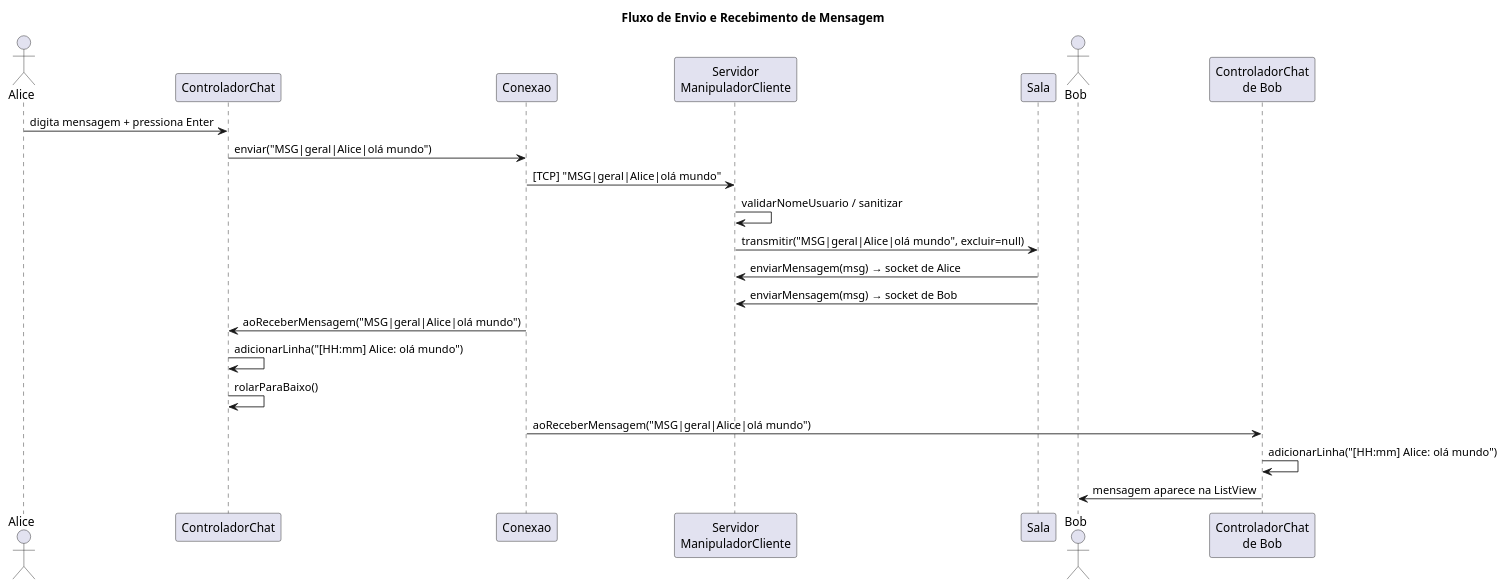
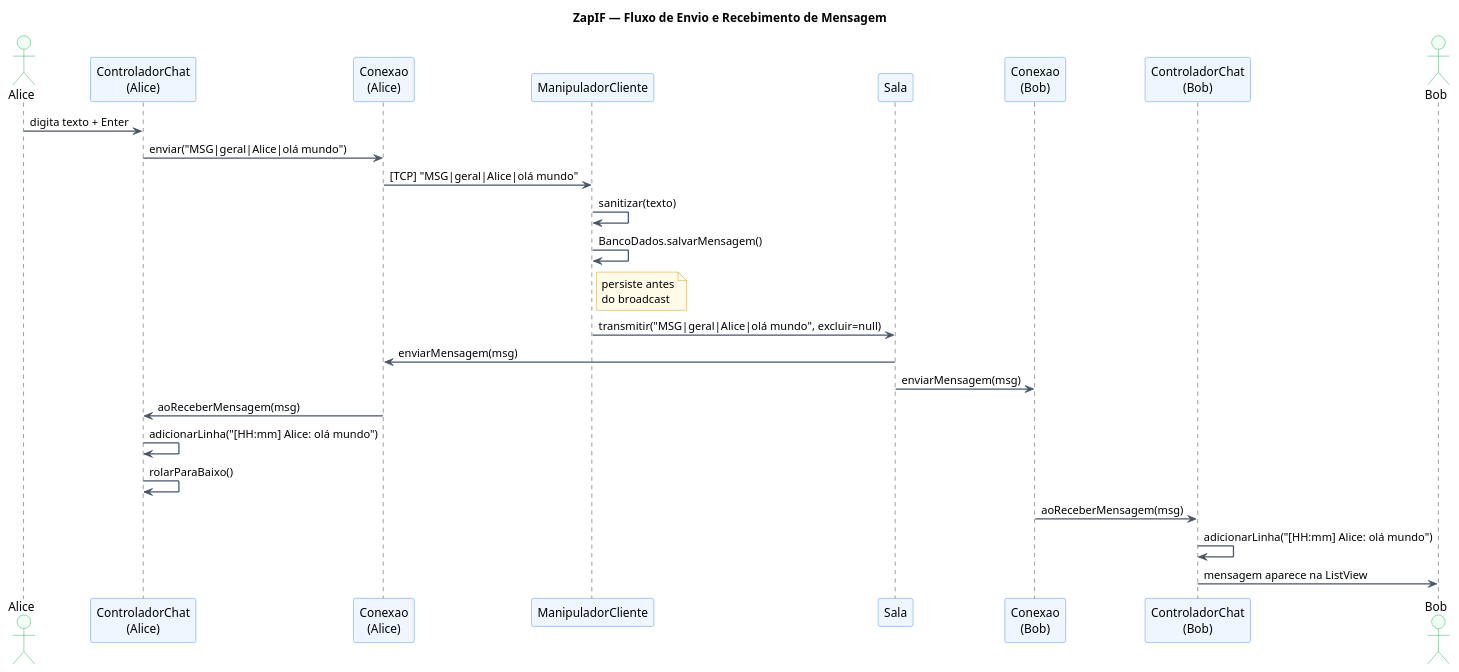
One commit to ErickHTF/ZapIF changed the second of 3 diagrams in uml/diagrams.puml. Above: the diagram before and after it, drawn with PlantUML. The commit also changed other lines of this file and 12 other files, not shown here.

Commit message:
fix: remocao de comentarios e ajuste no plantUML dos daigramas

```diff
--- a/uml/diagrams.puml
+++ b/uml/diagrams.puml
@@ -273,29 +77,45 @@
 @startuml sequencia_chat
-title Fluxo de Envio e Recebimento de Mensagem
+title ZapIF — Fluxo de Envio e Recebimento de Mensagem
 
-actor       Alice
-participant ControladorChat as CC
-participant Conexao          as CONN
-participant "Servidor\nManipuladorCliente" as MC
-participant Sala
-actor       Bob
+skinparam Shadowing false
+skinparam SequenceArrowThickness 1.5
+skinparam SequenceBoxBackgroundColor #F8FAFC
+skinparam SequenceBoxBorderColor #94A3B8
+skinparam ActorBackgroundColor #F0FDF4
+skinparam ActorBorderColor #16A34A
+skinparam ParticipantBackgroundColor #EFF6FF
+skinparam ParticipantBorderColor #3B82F6
+skinparam ArrowColor #475569
+skinparam NoteBackgroundColor #FEFCE8
+skinparam NoteBorderColor #CA8A04
 
-Alice -> CC   : digita mensagem + pressiona Enter
-CC    -> CONN : enviar("MSG|geral|Alice|olá mundo")
+actor       "Alice"              as A
+participant "ControladorChat\n(Alice)" as CCA
+participant "Conexao\n(Alice)"   as CNA
+participant "ManipuladorCliente" as MC
+participant "Sala"               as S
+participant "Conexao\n(Bob)"     as CNB
+participant "ControladorChat\n(Bob)" as CCB
+actor       "Bob"                as B
 
-CONN  -> MC   : [TCP] "MSG|geral|Alice|olá mundo"
-MC    -> MC   : validarNomeUsuario / sanitizar
-MC    -> Sala : transmitir("MSG|geral|Alice|olá mundo", excluir=null)
+A   -> CCA : digita texto + Enter
+CCA -> CNA : enviar("MSG|geral|Alice|olá mundo")
+CNA -> MC  : [TCP] "MSG|geral|Alice|olá mundo"
 
-Sala  -> MC   : enviarMensagem(msg) → socket de Alice
-Sala  -> MC   : enviarMensagem(msg) → socket de Bob
+MC  -> MC  : sanitizar(texto)
+MC  -> MC  : BancoDados.salvarMensagem()
+note right of MC : persiste antes\ndo broadcast
 
-CONN  -> CC   : aoReceberMensagem("MSG|geral|Alice|olá mundo")
-CC    -> CC   : adicionarLinha("[HH:mm] Alice: olá mundo")
-CC    -> CC   : rolarParaBaixo()
+MC  -> S   : transmitir("MSG|geral|Alice|olá mundo", excluir=null)
 
-CONN  -> "ControladorChat\nde Bob" as CCB : aoReceberMensagem("MSG|geral|Alice|olá mundo")
-CCB   -> CCB  : adicionarLinha("[HH:mm] Alice: olá mundo")
-CCB   -> Bob  : mensagem aparece na ListView
+S   -> CNA : enviarMensagem(msg)
+S   -> CNB : enviarMensagem(msg)
 
+CNA -> CCA : aoReceberMensagem(msg)
+CCA -> CCA : adicionarLinha("[HH:mm] Alice: olá mundo")
+CCA -> CCA : rolarParaBaixo()
+
+CNB -> CCB : aoReceberMensagem(msg)
+CCB -> CCB : adicionarLinha("[HH:mm] Alice: olá mundo")
+CCB -> B   : mensagem aparece na ListView
 @enduml
```
